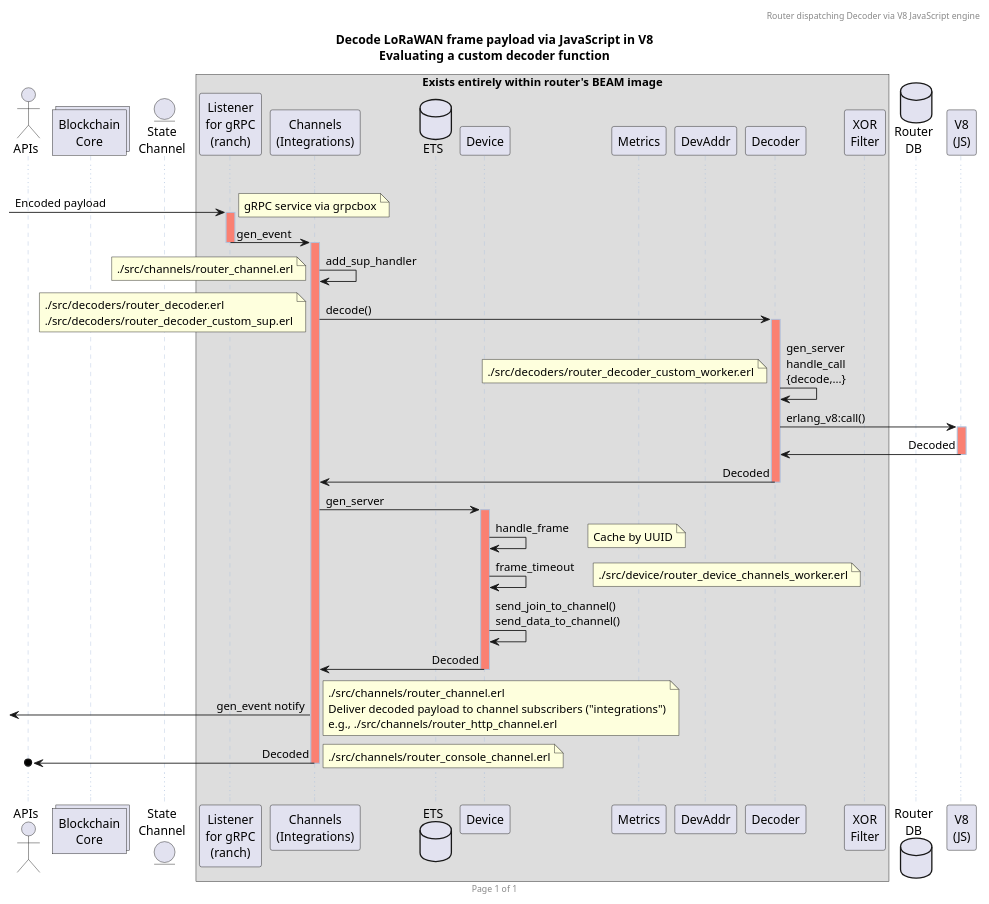
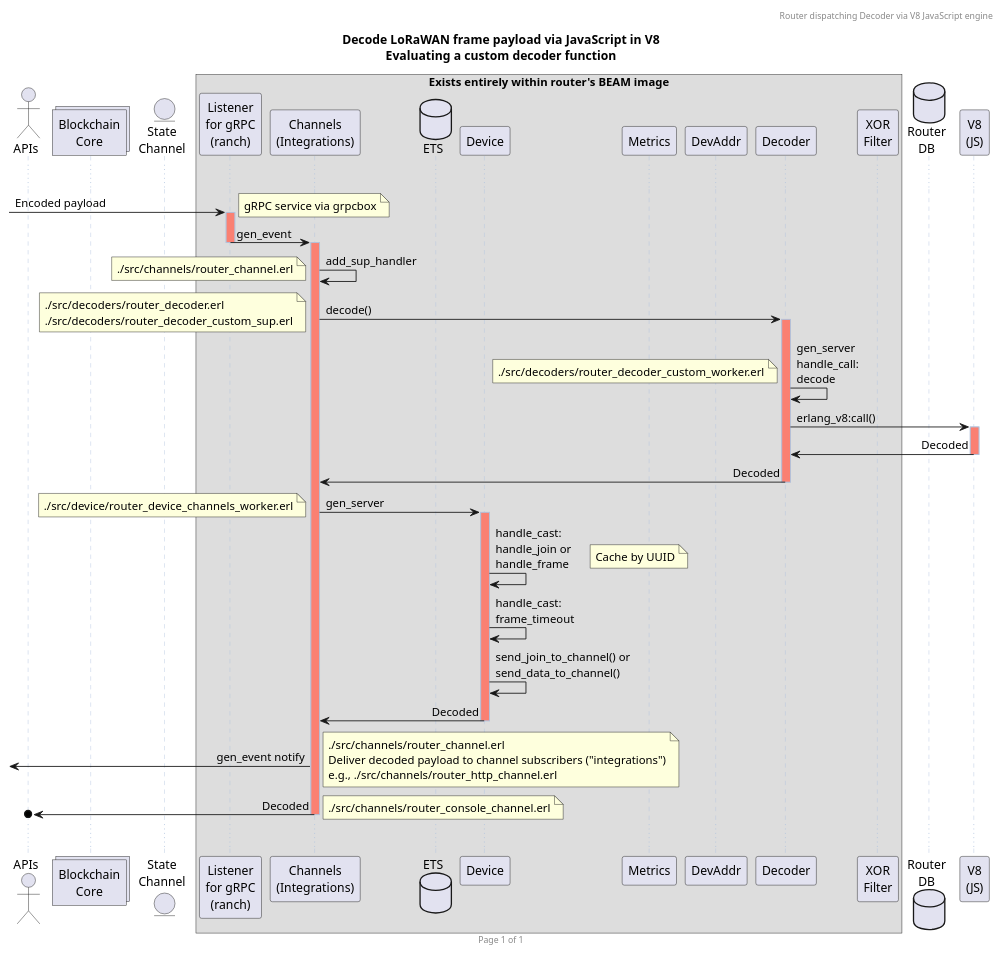
One commit to helium/router changed the diagram in docs/decoder.plantuml. Above: the diagram before and after it, drawn with PlantUML.

Commit message:
Clarify: join vs uplink (data)

```diff
--- a/docs/decoder.plantuml
+++ b/docs/decoder.plantuml
@@ -4,76 +4,76 @@
 @startuml
 
 header Router dispatching Decoder via V8 JavaScript engine
 footer Page %page% of %lastpage%
 
 ' Preserve same sequence across all diagrams:
 ' (intentionally omitted: Lager)
 actor        APIs                           as api      order 1
 collections  "Blockchain\nCore"             as core     order 10
 entity       "State\nChannel"               as sc       order 20
 box "Exists entirely within router's BEAM image"
 participant  "Listener\nfor gRPC\n(ranch)"  as listener order 30
 participant  "Channels\n(Integrations)"     as channels order 40
 'control      "Router\ninit()"               as init     order 50
 database     ETS                            as ets      order 51
 participant  Device                         as device   order 60
 participant  Metrics                        as metrics  order 70
 participant  DevAddr                        as devaddr  order 80
 participant  Decoder                        as decoder  order 90
 participant  "XOR\nFilter"                  as xor      order 99
 end box
 database     "Router\nDB"                   as db       order 100
 participant  "V8\n(JS)"                     as v8       order 200
 
 title
         Decode LoRaWAN frame payload via JavaScript in V8
         Evaluating a custom decoder function
 end title
 
 skinparam sequence {
         LifeLineBorderColor #LightSteelBlue
         LifeLineBackgroundColor #Salmon
         MessageAlign direction
 }
 
 ...
 
 [-> listener ++: Encoded payload
 note right: gRPC service via grpcbox
 listener -> channels --++ : gen_event
 channels -> channels : add_sup_handler
 note left: ./src/channels/router_channel.erl
 
 channels -> decoder ++ : decode()
 note left
         ./src/decoders/router_decoder.erl
         ./src/decoders/router_decoder_custom_sup.erl
 end note
-decoder -> decoder : gen_server\nhandle_call\n{decode,...}
+decoder -> decoder : gen_server\nhandle_call:\ndecode
 note left: ./src/decoders/router_decoder_custom_worker.erl
 decoder -> v8 ++ : erlang_v8:call()
 decoder <- v8 -- : Decoded
 channels <- decoder -- : Decoded
 
 channels -> device ++ : gen_server
+note left: ./src/device/router_device_channels_worker.erl
 
-device -> device : handle_frame
+device -> device : handle_cast:\nhandle_join or\nhandle_frame
 note right: Cache by UUID
 
-device -> device : frame_timeout
-note right: ./src/device/router_device_channels_worker.erl
-device -> device : send_join_to_channel()\nsend_data_to_channel()
+device -> device : handle_cast:\nframe_timeout
+device -> device : send_join_to_channel() or\nsend_data_to_channel()
 channels <- device -- : Decoded
 [<- channels : gen_event notify
 note right
         ./src/channels/router_channel.erl
         Deliver decoded payload to channel subscribers ("integrations")
         e.g., ./src/channels/router_http_channel.erl
 end note
 
 channels ->o api -- : Decoded
 note right: ./src/channels/router_console_channel.erl
 
 ...
 
 @enduml
```
